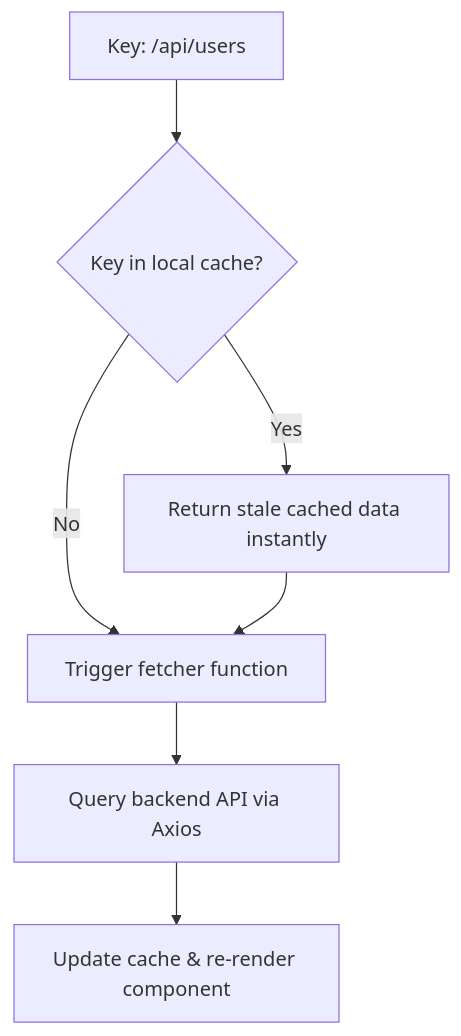
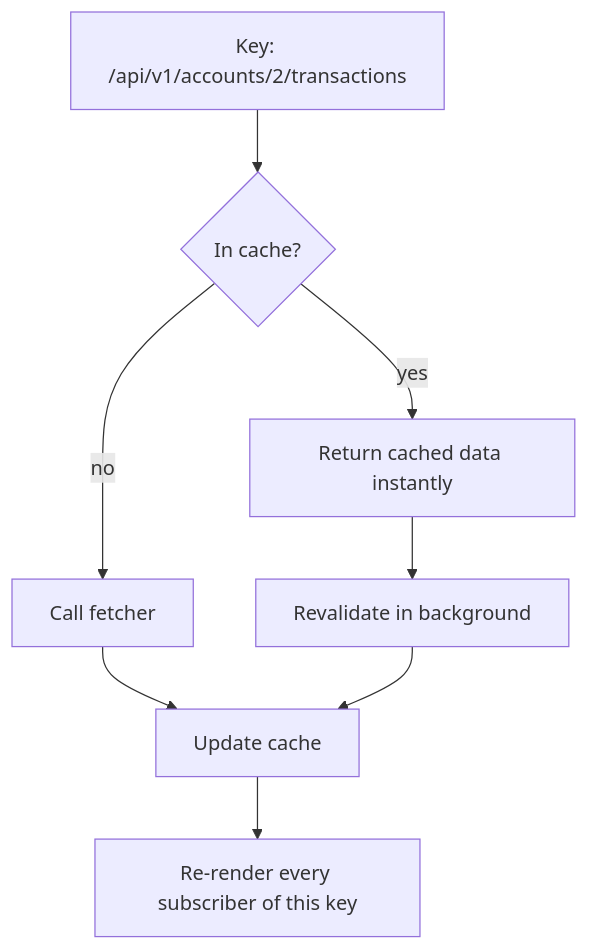
The diagram in frameworks_specifics/07_swr_axios.md (AD0791/interviewprep), drawn with Mermaid before and after one commit. The commit also changed other lines of this file and 34 other files, not shown here.

````diff
--- a/frameworks_specifics/07_swr_axios.md
+++ b/frameworks_specifics/07_swr_axios.md
@@ -16,9 +82,10 @@
 ```mermaid
 graph TD
-    Key[Key: /api/users] --> CacheCheck{Key in local cache?}
-    CacheCheck -->|Yes| Stale[Return stale cached data instantly]
-    CacheCheck -->|No| Fetch[Trigger fetcher function]
-    Stale --> Fetch
-    Fetch --> Network[Query backend API via Axios]
-    Network --> Update[Update cache & re-render component]
+    K["Key: /api/v1/accounts/2/transactions"] --> C{In cache?}
+    C -->|yes| Stale[Return cached data instantly]
+    C -->|no| F[Call fetcher]
+    Stale --> F2[Revalidate in background]
+    F --> U[Update cache]
+    F2 --> U
+    U --> R[Re-render every subscriber of this key]
 ```
````
